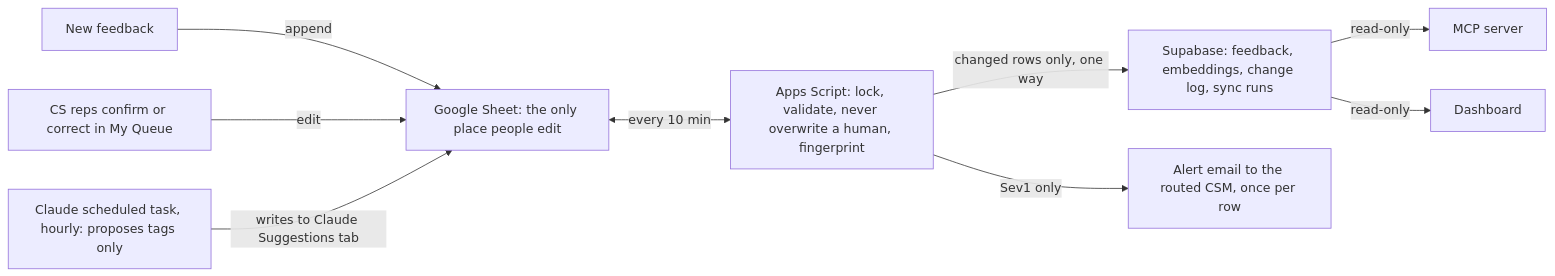
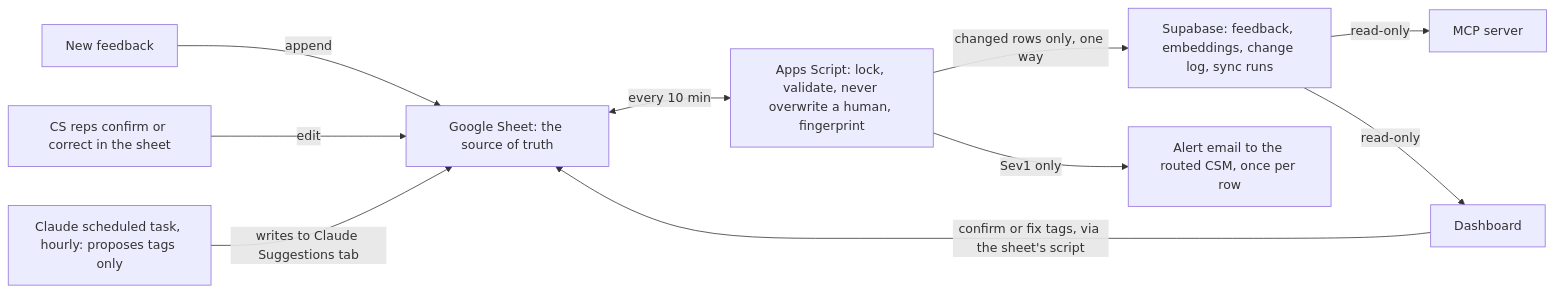
Before and after one commit to drosenbaum1794/casecompanion-feedback: the diagram in README.md, drawn with Mermaid. The commit also changed other lines of this file and 4 other files, not shown here.

````diff
--- a/README.md
+++ b/README.md
@@ -28,11 +34,12 @@
 ```mermaid
 flowchart LR
-  intake[New feedback] -->|append| sheet[Google Sheet: the only place people edit]
-  reps[CS reps confirm or correct in My Queue] -->|edit| sheet
+  intake[New feedback] -->|append| sheet[Google Sheet: the source of truth]
+  reps[CS reps confirm or correct in the sheet] -->|edit| sheet
+  dash -->|confirm or fix tags, via the sheet's script| sheet
   task[Claude scheduled task, hourly: proposes tags only] -->|writes to Claude Suggestions tab| sheet
   sheet <-->|every 10 min| script[Apps Script: lock, validate, never overwrite a human, fingerprint]
   script -->|changed rows only, one way| supa[Supabase: feedback, embeddings, change log, sync runs]
   script -->|Sev1 only| alert[Alert email to the routed CSM, once per row]
   supa -->|read-only| mcp[MCP server]
   supa -->|read-only| dash[Dashboard]
 ```
````
